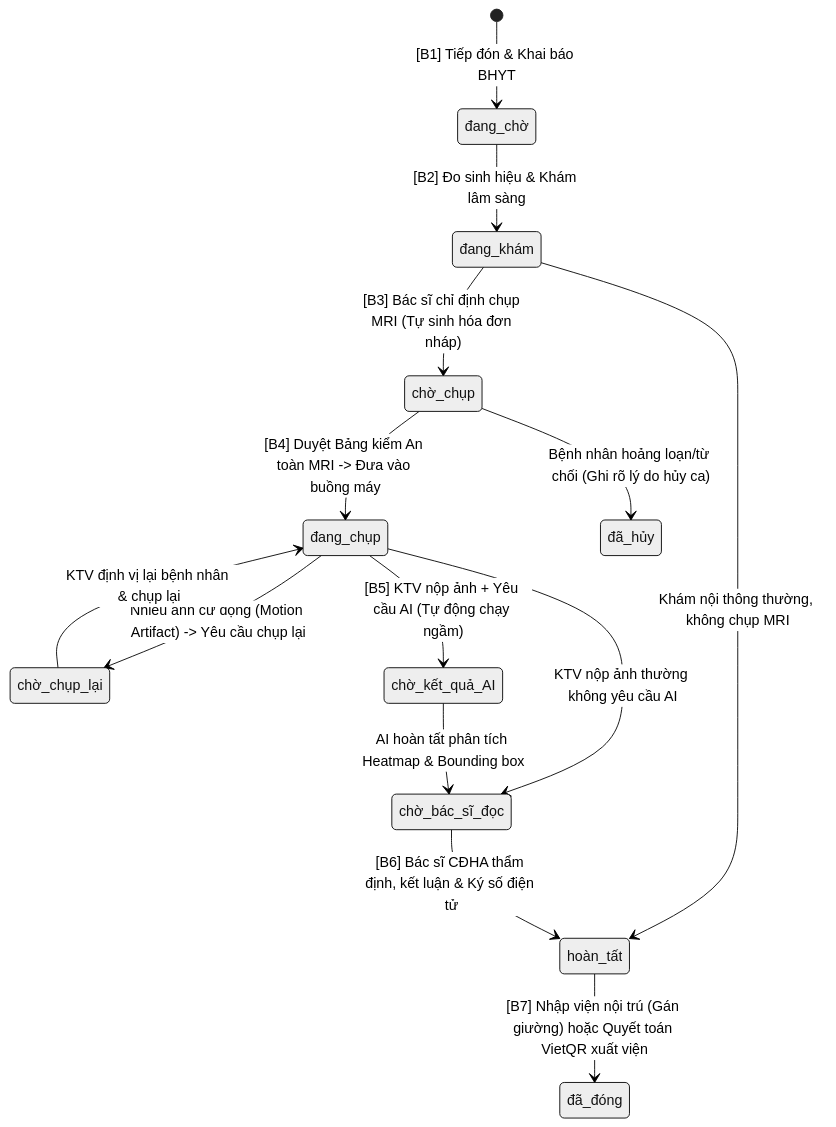
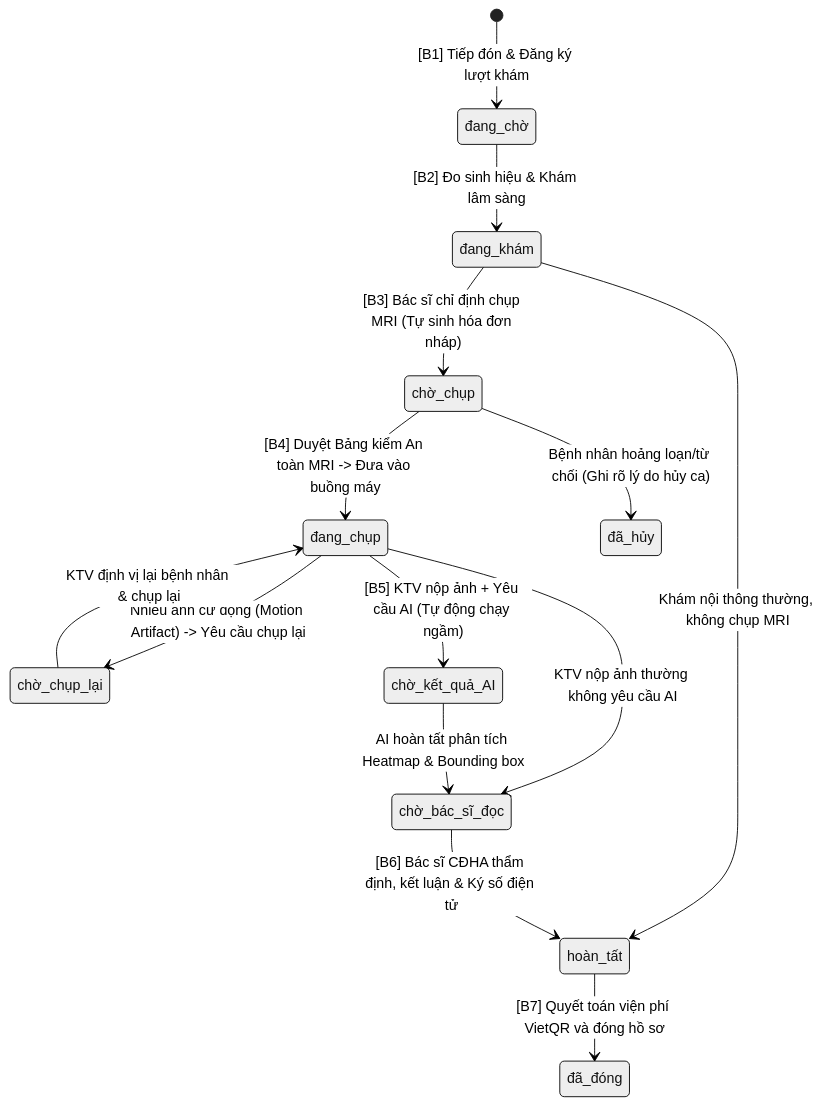
The diagram in README.md (ntthanh2357/mri), drawn with Mermaid (neutral theme) before and after one commit. The commit also changed other lines of this file and 101 other files, not shown here.

````diff
--- a/README.md
+++ b/README.md
@@ -237,25 +238,25 @@
 ```mermaid
 stateDiagram-v2
-    [*] --> đang_chờ: [B1] Tiếp đón & Khai báo BHYT
+    [*] --> đang_chờ: [B1] Tiếp đón & Đăng ký lượt khám
     
     đang_chờ --> đang_khám: [B2] Đo sinh hiệu & Khám lâm sàng
     
     đang_khám --> hoàn_tất: Khám nội thông thường, không chụp MRI
     
     đang_khám --> chờ_chụp: [B3] Bác sĩ chỉ định chụp MRI (Tự sinh hóa đơn nháp)
     
     chờ_chụp --> đang_chụp: [B4] Duyệt Bảng kiểm An toàn MRI -> Đưa vào buồng máy
     chờ_chụp --> đã_hủy: Bệnh nhân hoảng loạn/từ chối (Ghi rõ lý do hủy ca)
     
     đang_chụp --> chờ_chụp_lại: Nhiễu ảnh cử động (Motion Artifact) -> Yêu cầu chụp lại
     chờ_chụp_lại --> đang_chụp: KTV định vị lại bệnh nhân & chụp lại
     
     đang_chụp --> chờ_kết_quả_AI: [B5] KTV nộp ảnh + Yêu cầu AI (Tự động chạy ngầm)
     đang_chụp --> chờ_bác_sĩ_đọc: KTV nộp ảnh thường không yêu cầu AI
     
     chờ_kết_quả_AI --> chờ_bác_sĩ_đọc: AI hoàn tất phân tích Heatmap & Bounding box
     
     chờ_bác_sĩ_đọc --> hoàn_tất: [B6] Bác sĩ CĐHA thẩm định, kết luận & Ký số điện tử
     
-    hoàn_tất --> đã_đóng: [B7] Nhập viện nội trú (Gán giường) hoặc Quyết toán VietQR xuất viện
+    hoàn_tất --> đã_đóng: [B7] Quyết toán viện phí VietQR và đóng hồ sơ
 ```
````
